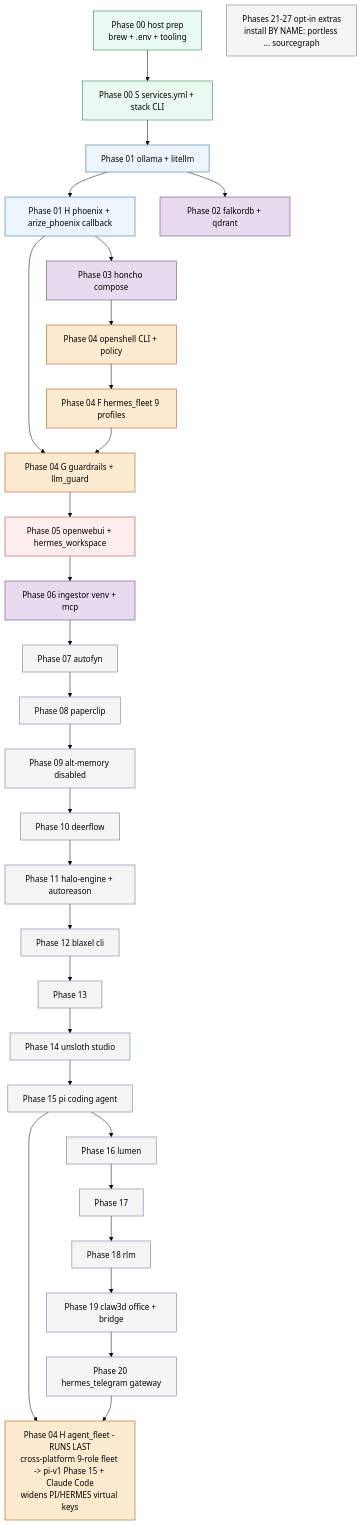
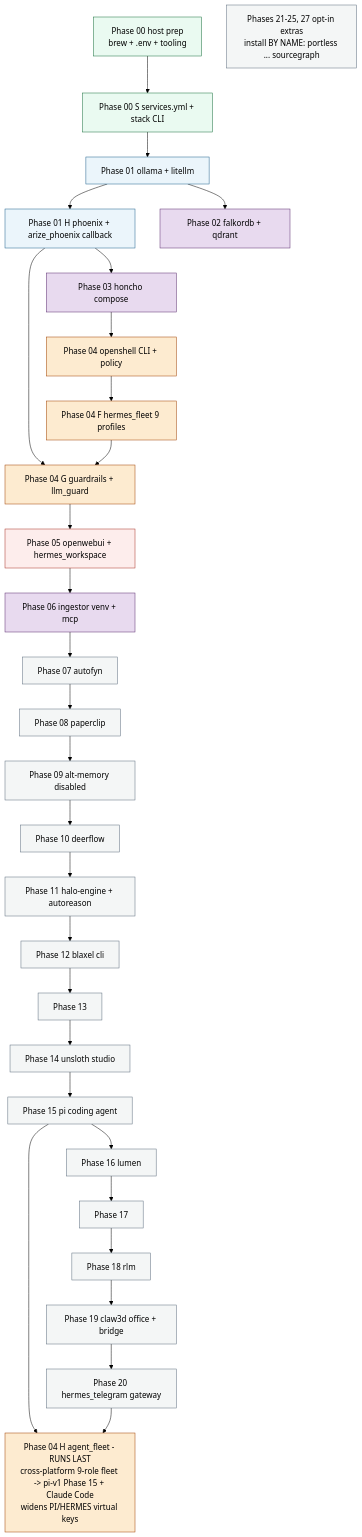
The sixth of 6 diagrams in doc/DEPENDENCIES.md (mayssamj/versatile-ai-stack), drawn with Mermaid (forest theme) before and after one commit. The commit also changed other lines of this file and 24 other files, not shown here.

````diff
--- a/doc/DEPENDENCIES.md
+++ b/doc/DEPENDENCIES.md
@@ -365,49 +365,49 @@
 ```mermaid
 graph TD
   classDef host fill:#eafaf1,stroke:#196f3d
   classDef inf fill:#ebf5fb,stroke:#1f618d
   classDef store fill:#e8daef,stroke:#5b2c6f
   classDef sec fill:#fdebd0,stroke:#a04000
   classDef ui fill:#fdedec,stroke:#a93226
   classDef opt fill:#f4f6f6,stroke:#5d6d7e
 
   p00[Phase 00 host prep<br/>brew + .env + tooling]:::host
   p00s[Phase 00 S services.yml + stack CLI]:::host
   p01[Phase 01 ollama + litellm]:::inf
   p01h[Phase 01 H phoenix + arize_phoenix callback]:::inf
   p02[Phase 02 falkordb + qdrant]:::store
   p03[Phase 03 honcho compose]:::store
   p04[Phase 04 openshell CLI + policy]:::sec
   p04f[Phase 04 F hermes_fleet 9 profiles]:::sec
   p04g[Phase 04 G guardrails + llm_guard]:::sec
   p05[Phase 05 openwebui + hermes_workspace]:::ui
   p06[Phase 06 ingestor venv + mcp]:::store
   p07[Phase 07 autofyn]:::opt
   p08[Phase 08 paperclip]:::opt
   p09[Phase 09 alt-memory disabled]:::opt
   p10[Phase 10 deerflow]:::opt
   p11[Phase 11 halo-engine + autoreason]:::opt
   p12[Phase 12 blaxel cli]:::opt
   p13[Phase 13]:::opt
   p14[Phase 14 unsloth studio]:::opt
   p15[Phase 15 pi coding agent]:::opt
   p16[Phase 16 lumen]:::opt
   p17[Phase 17]:::opt
   p18[Phase 18 rlm]:::opt
   p19[Phase 19 claw3d office + bridge]:::opt
   p20[Phase 20 hermes_telegram gateway]:::opt
-  p21_26[Phases 21-27 opt-in extras<br/>install BY NAME: portless ... sourcegraph]:::opt
+  p21_26[Phases 21-25, 27 opt-in extras<br/>install BY NAME: portless ... sourcegraph]:::opt
   p04h[Phase 04 H agent_fleet - RUNS LAST<br/>cross-platform 9-role fleet -> pi-v1 Phase 15 + Claude Code<br/>widens PI/HERMES virtual keys]:::sec
 
   p00 --> p00s --> p01 --> p01h
   p01 --> p02
   p01h --> p03
   p03 --> p04 --> p04f
   p01h --> p04g
   p04f --> p04g
   p04g --> p05
   p05 --> p06
   p06 --> p07 --> p08 --> p09 --> p10 --> p11 --> p12 --> p13 --> p14 --> p15 --> p16 --> p17 --> p18 --> p19 --> p20
   p15 --> p04h
   p20 --> p04h
 ```
````
